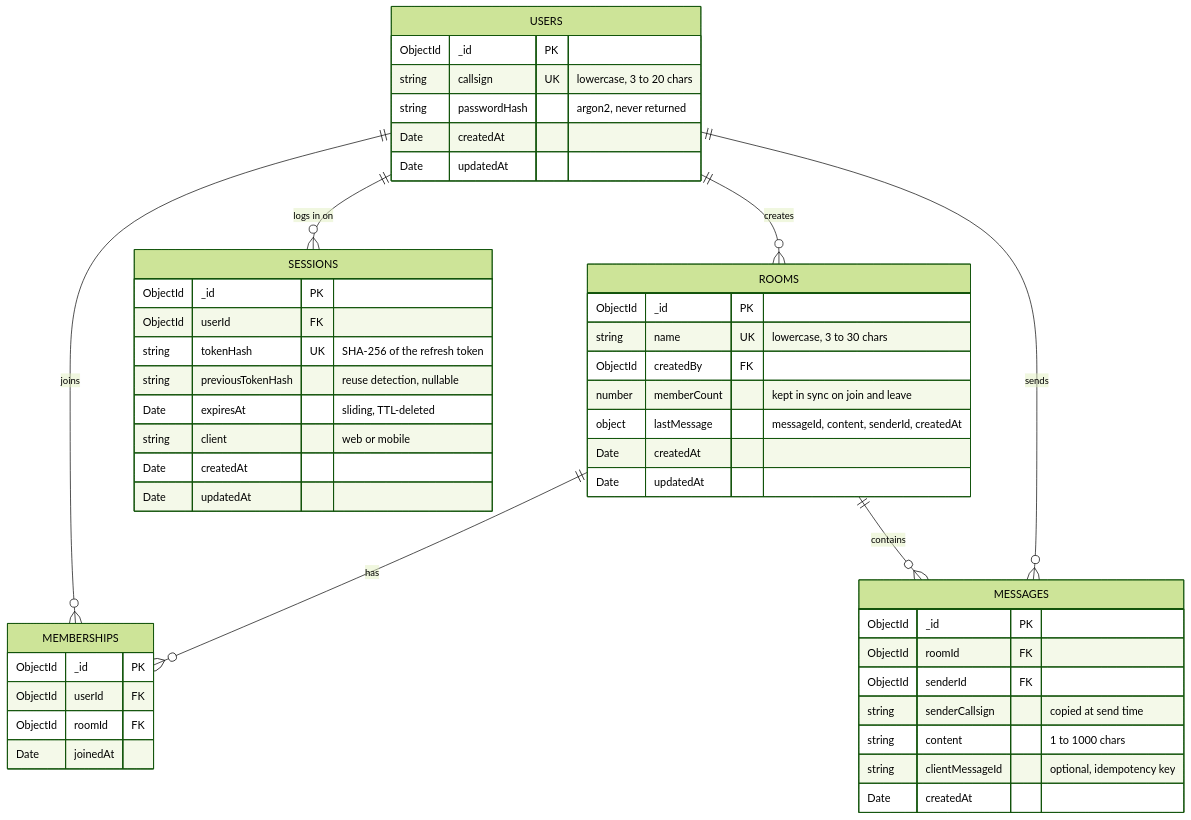
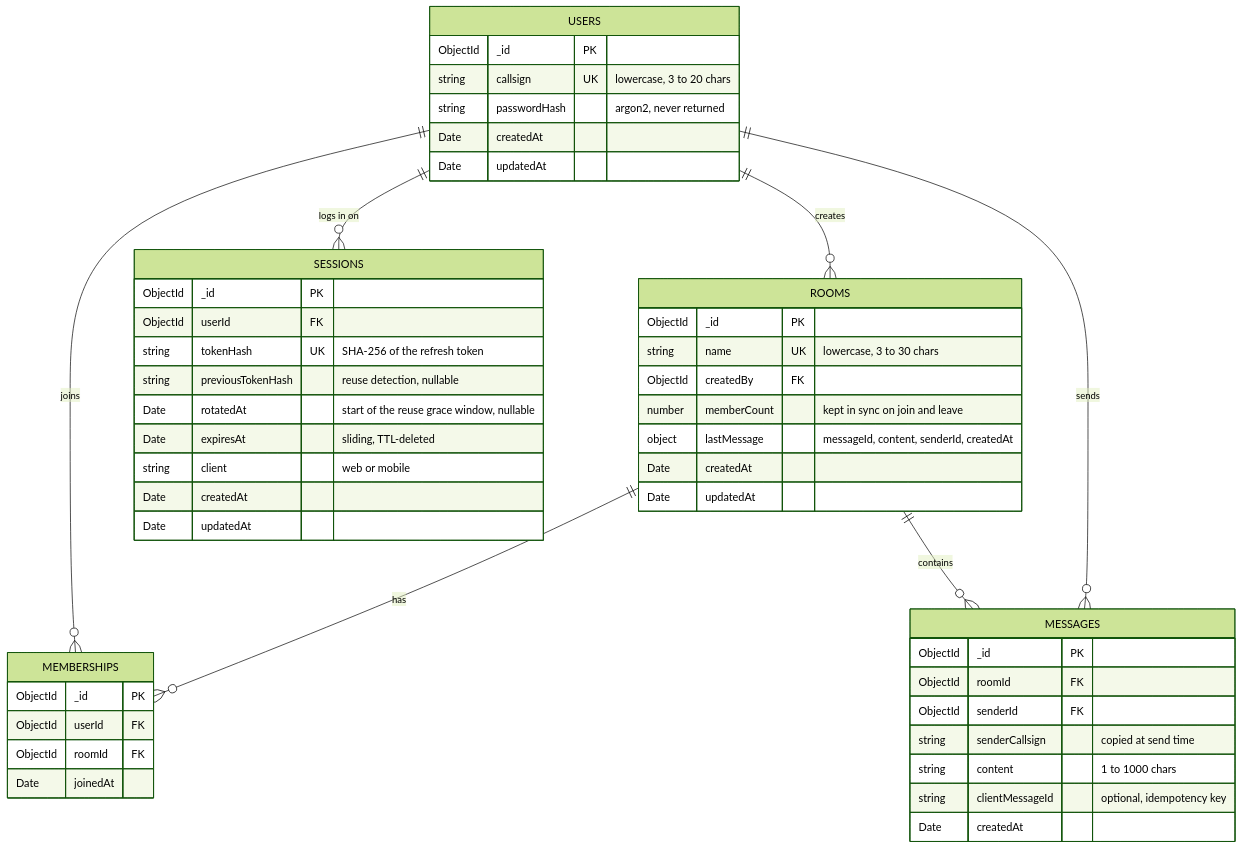
Before and after one commit to PenuAndreea/callsign: the diagram in README.md, drawn with Mermaid (forest theme). The commit also changed other lines of this file and 14 other files, not shown here.

Commit message:
feat(api): refresh reuse grace window after rotation (REFRESH_REUSE_GRACE_SECONDS)

````diff
--- a/README.md
+++ b/README.md
@@ -138,55 +138,56 @@
 ```mermaid
 erDiagram
   USERS ||--o{ MEMBERSHIPS : joins
   ROOMS ||--o{ MEMBERSHIPS : has
   USERS ||--o{ ROOMS : creates
   ROOMS ||--o{ MESSAGES : contains
   USERS ||--o{ MESSAGES : sends
   USERS ||--o{ SESSIONS : "logs in on"
 
   USERS {
     ObjectId _id PK
     string callsign UK "lowercase, 3 to 20 chars"
     string passwordHash "argon2, never returned"
     Date createdAt
     Date updatedAt
   }
 
   SESSIONS {
     ObjectId _id PK
     ObjectId userId FK
     string tokenHash UK "SHA-256 of the refresh token"
     string previousTokenHash "reuse detection, nullable"
+    Date rotatedAt "start of the reuse grace window, nullable"
     Date expiresAt "sliding, TTL-deleted"
     string client "web or mobile"
     Date createdAt
     Date updatedAt
   }
 
   ROOMS {
     ObjectId _id PK
     string name UK "lowercase, 3 to 30 chars"
     ObjectId createdBy FK
     number memberCount "kept in sync on join and leave"
     object lastMessage "messageId, content, senderId, createdAt"
     Date createdAt
     Date updatedAt
   }
 
   MEMBERSHIPS {
     ObjectId _id PK
     ObjectId userId FK
     ObjectId roomId FK
     Date joinedAt
   }
 
   MESSAGES {
     ObjectId _id PK
     ObjectId roomId FK
     ObjectId senderId FK
     string senderCallsign "copied at send time"
     string content "1 to 1000 chars"
     string clientMessageId "optional, idempotency key"
     Date createdAt
   }
 ```
````
